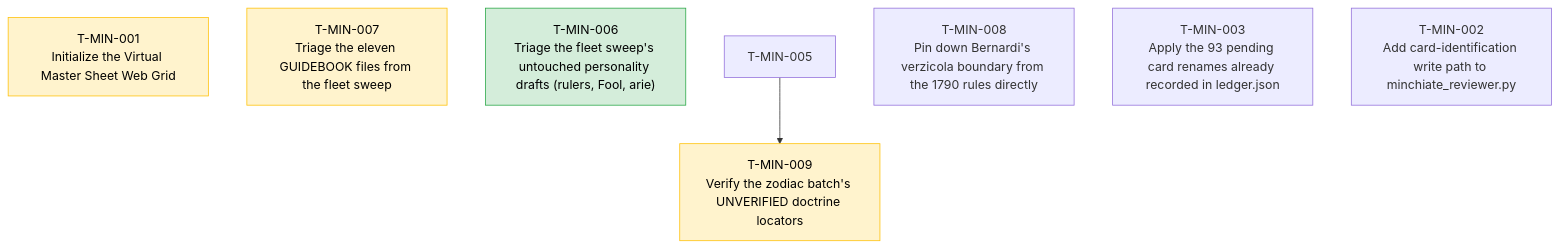
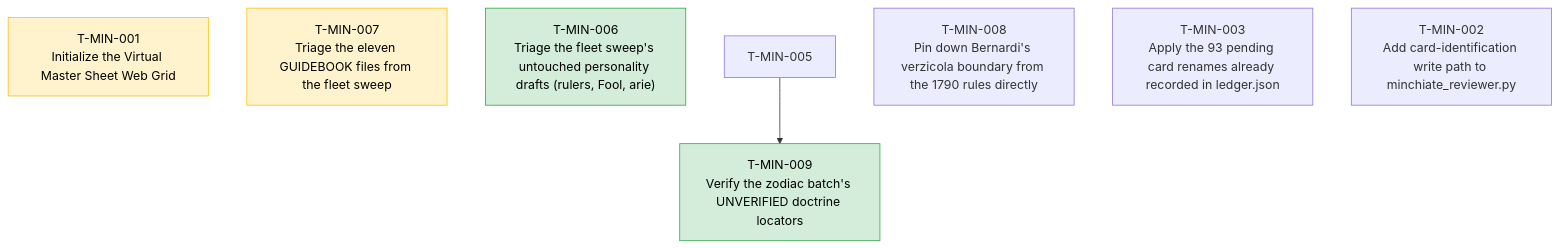
Before and after one commit to wgmilleriii/task_coordinator: the diagram in TASKS.md, drawn with Mermaid. The commit also changed other lines of this file and 3 other files, not shown here.

Commit message:
review: T-MIN-009 zodiac locator resolution — PASS, task DONE; all reopened sources (Tetrabiblos I.13/I.17, Isidore III.71, Aratus 89/96-97/546, Hyginus 2.22) bear their claims; both downgrades genuine

````diff
--- a/TASKS.md
+++ b/TASKS.md
@@ -7,15 +7,15 @@
 ```mermaid
 graph TD
     classDef done fill:#d4edda,stroke:#28a745,color:#000;
     classDef blocked fill:#f8d7da,stroke:#dc3545,color:#000;
     classDef review fill:#fff3cd,stroke:#ffc107,color:#000;
     classDef active fill:#cce5ff,stroke:#007bff,color:#000;
     T-MIN-001["T-MIN-001<br/>Initialize the Virtual Master Sheet Web Grid"]:::review
     T-MIN-007["T-MIN-007<br/>Triage the eleven GUIDEBOOK files from the fleet sweep"]:::review
     T-MIN-006["T-MIN-006<br/>Triage the fleet sweep's untouched personality drafts (rulers, Fool, arie)"]:::done
-    T-MIN-009["T-MIN-009<br/>Verify the zodiac batch's UNVERIFIED doctrine locators"]:::review
+    T-MIN-009["T-MIN-009<br/>Verify the zodiac batch's UNVERIFIED doctrine locators"]:::done
     T-MIN-005 --> T-MIN-009
     T-MIN-008["T-MIN-008<br/>Pin down Bernardi's verzicola boundary from the 1790 rules directly"]
     T-MIN-003["T-MIN-003<br/>Apply the 93 pending card renames already recorded in ledger.json"]
     T-MIN-002["T-MIN-002<br/>Add card-identification write path to minchiate_reviewer.py"]
 ```
````
